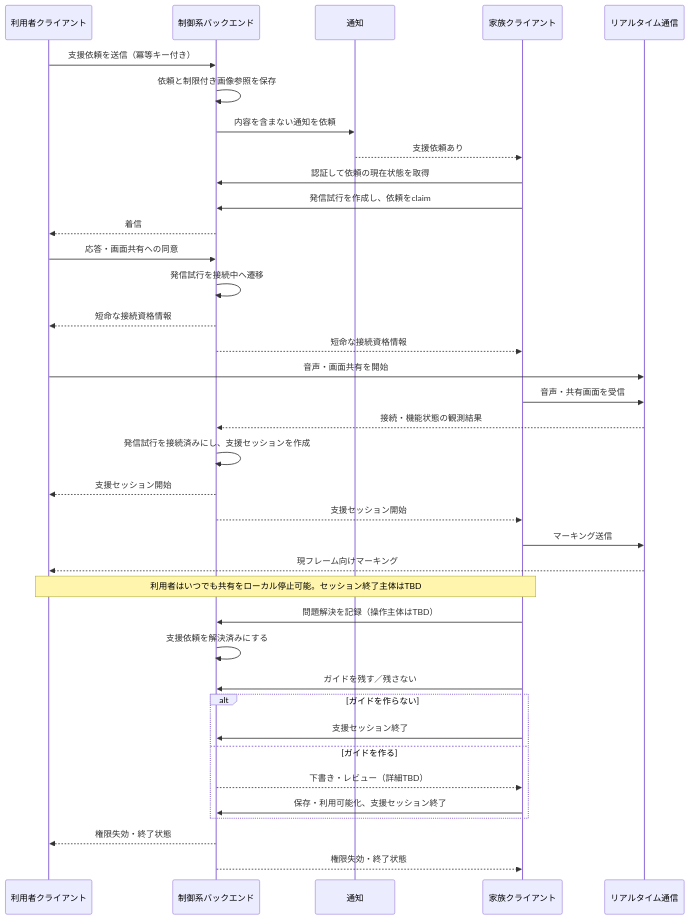
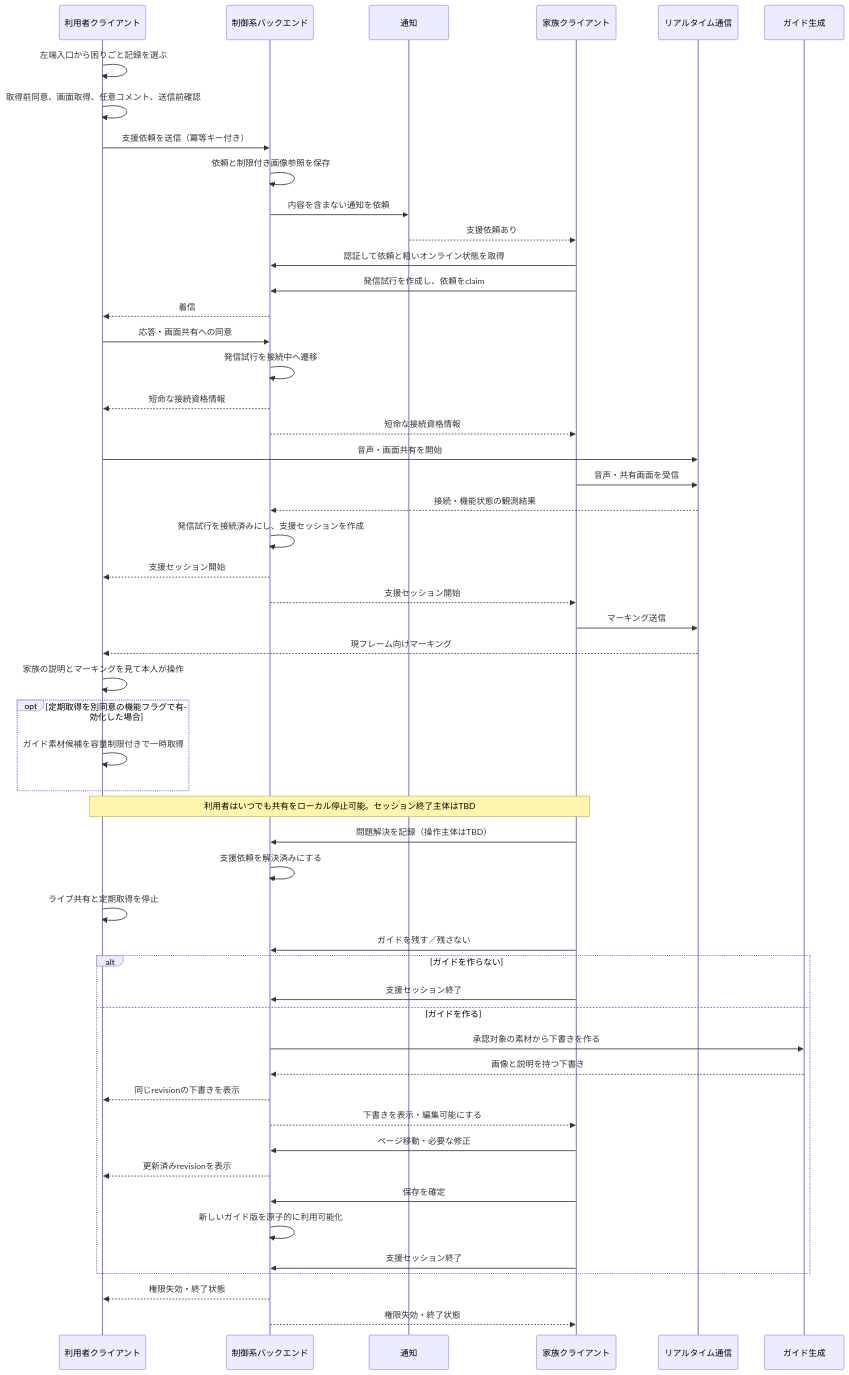
One commit to kakuraccho/mite changed the second of 3 diagrams in docs/tech-specification.md. Above: the diagram before and after it, drawn with Mermaid. The commit also changed other lines of this file, not shown here.

````diff
--- a/docs/tech-specification.md
+++ b/docs/tech-specification.md
@@ -169,40 +220,55 @@
 ```mermaid
 sequenceDiagram
     participant U as 利用者クライアント
     participant B as 制御系バックエンド
     participant N as 通知
     participant F as 家族クライアント
     participant R as リアルタイム通信
+    participant G as ガイド生成
 
+    U->>U: 左端入口から困りごと記録を選ぶ
+    U->>U: 取得前同意、画面取得、任意コメント、送信前確認
     U->>B: 支援依頼を送信（冪等キー付き）
     B->>B: 依頼と制限付き画像参照を保存
     B->>N: 内容を含まない通知を依頼
     N-->>F: 支援依頼あり
-    F->>B: 認証して依頼の現在状態を取得
+    F->>B: 認証して依頼と粗いオンライン状態を取得
     F->>B: 発信試行を作成し、依頼をclaim
     B-->>U: 着信
     U->>B: 応答・画面共有への同意
     B->>B: 発信試行を接続中へ遷移
     B-->>U: 短命な接続資格情報
     B-->>F: 短命な接続資格情報
     U->>R: 音声・画面共有を開始
     F->>R: 音声・共有画面を受信
     R-->>B: 接続・機能状態の観測結果
     B->>B: 発信試行を接続済みにし、支援セッションを作成
     B-->>U: 支援セッション開始
     B-->>F: 支援セッション開始
     F->>R: マーキング送信
     R-->>U: 現フレーム向けマーキング
+    U->>U: 家族の説明とマーキングを見て本人が操作
+    opt 定期取得を別同意の機能フラグで有効化した場合
+        U->>U: ガイド素材候補を容量制限付きで一時取得
+    end
     Note over U,F: 利用者はいつでも共有をローカル停止可能。セッション終了主体はTBD
     F->>B: 問題解決を記録（操作主体はTBD）
     B->>B: 支援依頼を解決済みにする
+    U->>U: ライブ共有と定期取得を停止
     F->>B: ガイドを残す／残さない
     alt ガイドを作らない
         F->>B: 支援セッション終了
     else ガイドを作る
-        B-->>F: 下書き・レビュー（詳細TBD）
-        F->>B: 保存・利用可能化、支援セッション終了
+        B->>G: 承認対象の素材から下書きを作る
+        G-->>B: 画像と説明を持つ下書き
+        B-->>U: 同じrevisionの下書きを表示
+        B-->>F: 下書きを表示・編集可能にする
+        F->>B: ページ移動・必要な修正
+        B-->>U: 更新済みrevisionを表示
+        F->>B: 保存を確定
+        B->>B: 新しいガイド版を原子的に利用可能化
+        F->>B: 支援セッション終了
     end
     B-->>U: 権限失効・終了状態
     B-->>F: 権限失効・終了状態
 ```
````
